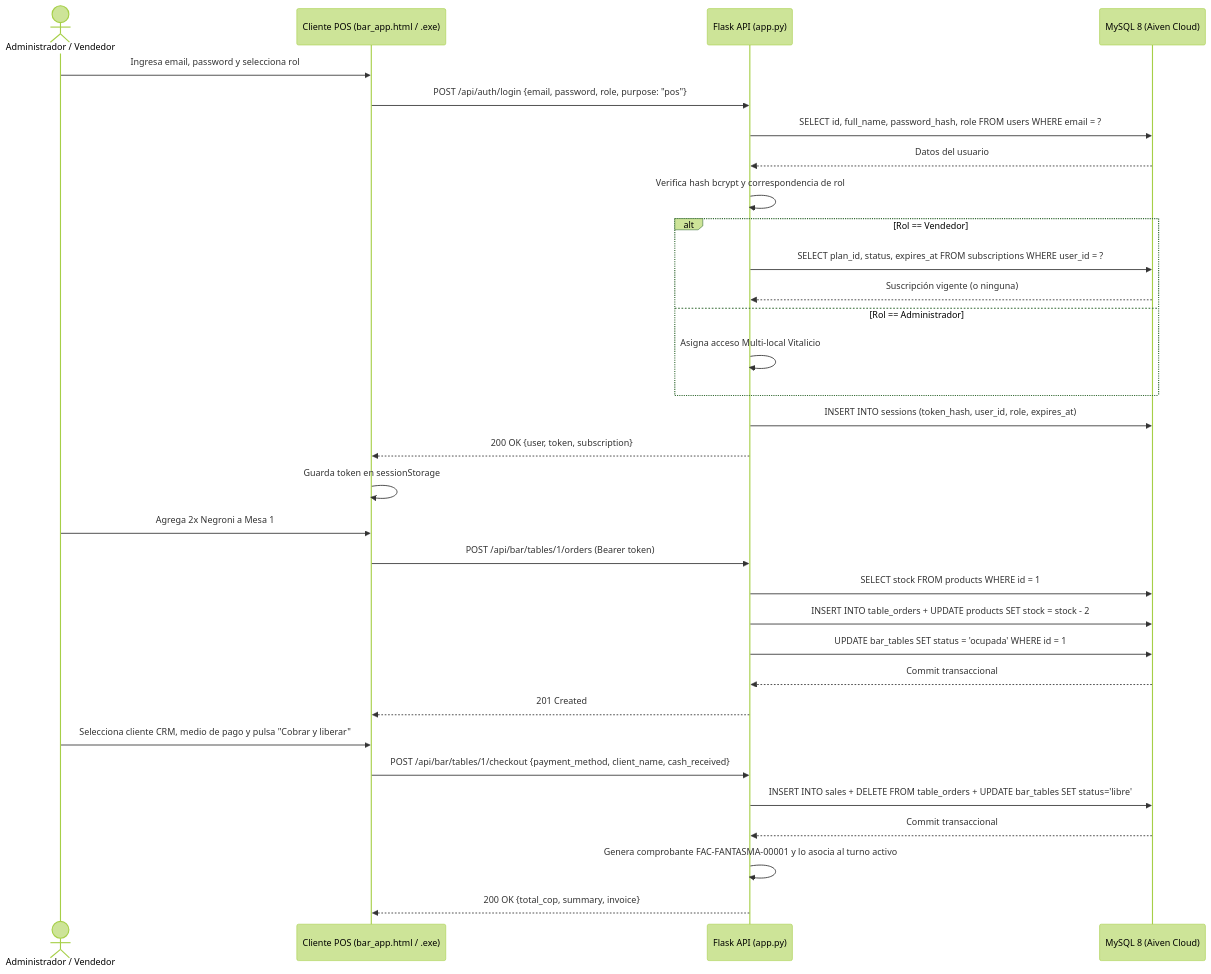
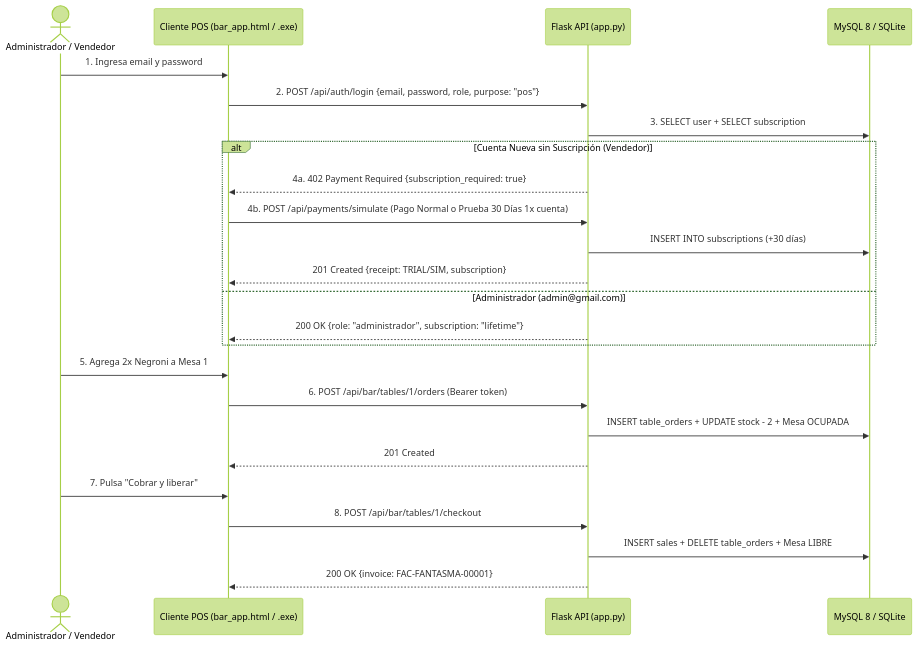
The sixth of 6 diagrams in docs/DOCUMENTACION_TECNICA.md (andresmunoz-dot/Gestion-Bar), drawn with Mermaid (forest theme) before and after one commit. The commit also changed other lines of this file and 29 other files, not shown here.

````diff
--- a/docs/DOCUMENTACION_TECNICA.md
+++ b/docs/DOCUMENTACION_TECNICA.md
@@ -578,37 +575,27 @@
 ```mermaid
 sequenceDiagram
     actor Usuario as Administrador / Vendedor
     participant POS as Cliente POS (bar_app.html / .exe)
     participant API as Flask API (app.py)
-    participant DB as MySQL 8 (Aiven Cloud)
+    participant DB as MySQL 8 / SQLite
 
-    Usuario->>POS: Ingresa email, password y selecciona rol
-    POS->>API: POST /api/auth/login {email, password, role, purpose: "pos"}
-    API->>DB: SELECT id, full_name, password_hash, role FROM users WHERE email = ?
-    DB-->>API: Datos del usuario
-    API->>API: Verifica hash bcrypt y correspondencia de rol
-    alt Rol == Vendedor
-        API->>DB: SELECT plan_id, status, expires_at FROM subscriptions WHERE user_id = ?
-        DB-->>API: Suscripción vigente (o ninguna)
-    else Rol == Administrador
-        API->>API: Asigna acceso Multi-local Vitalicio
+    Usuario->>POS: 1. Ingresa email y password
+    POS->>API: 2. POST /api/auth/login {email, password, role, purpose: "pos"}
+    API->>DB: 3. SELECT user + SELECT subscription
+    alt Cuenta Nueva sin Suscripción (Vendedor)
+        API-->>POS: 4a. 402 Payment Required {subscription_required: true}
+        POS->>API: 4b. POST /api/payments/simulate (Pago Normal o Prueba 30 Días 1x cuenta)
+        API->>DB: INSERT INTO subscriptions (+30 días)
+        API-->>POS: 201 Created {receipt: TRIAL/SIM, subscription}
+    else Administrador (admin@gmail.com)
+        API-->>POS: 200 OK {role: "administrador", subscription: "lifetime"}
     end
-    API->>DB: INSERT INTO sessions (token_hash, user_id, role, expires_at)
-    API-->>POS: 200 OK {user, token, subscription}
-    POS->>POS: Guarda token en sessionStorage
-
-    Usuario->>POS: Agrega 2x Negroni a Mesa 1
-    POS->>API: POST /api/bar/tables/1/orders (Bearer token)
-    API->>DB: SELECT stock FROM products WHERE id = 1
-    API->>DB: INSERT INTO table_orders + UPDATE products SET stock = stock - 2
-    API->>DB: UPDATE bar_tables SET status = 'ocupada' WHERE id = 1
-    DB-->>API: Commit transaccional
+    Usuario->>POS: 5. Agrega 2x Negroni a Mesa 1
+    POS->>API: 6. POST /api/bar/tables/1/orders (Bearer token)
+    API->>DB: INSERT table_orders + UPDATE stock - 2 + Mesa OCUPADA
     API-->>POS: 201 Created
-
-    Usuario->>POS: Selecciona cliente CRM, medio de pago y pulsa "Cobrar y liberar"
-    POS->>API: POST /api/bar/tables/1/checkout {payment_method, client_name, cash_received}
-    API->>DB: INSERT INTO sales + DELETE FROM table_orders + UPDATE bar_tables SET status='libre'
-    DB-->>API: Commit transaccional
-    API->>API: Genera comprobante FAC-FANTASMA-00001 y lo asocia al turno activo
-    API-->>POS: 200 OK {total_cop, summary, invoice}
+    Usuario->>POS: 7. Pulsa "Cobrar y liberar"
+    POS->>API: 8. POST /api/bar/tables/1/checkout
+    API->>DB: INSERT sales + DELETE table_orders + Mesa LIBRE
+    API-->>POS: 200 OK {invoice: FAC-FANTASMA-00001}
 ```
````
